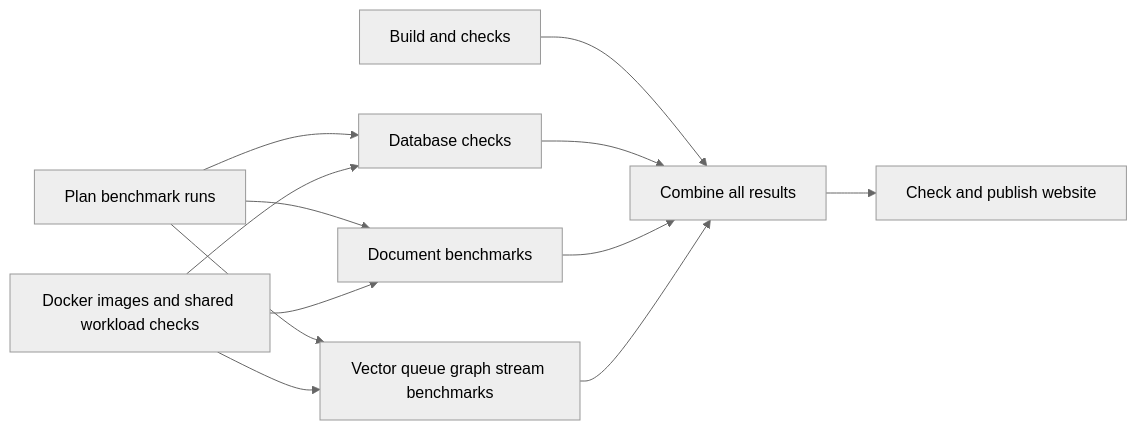
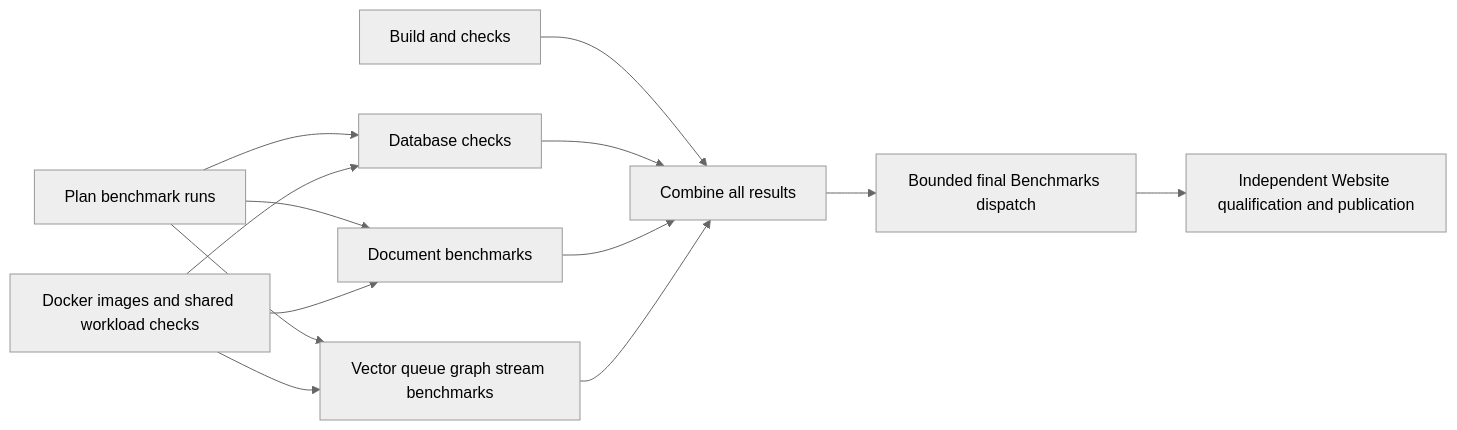
The first of 11 diagrams in docs/Features/BenchmarkComparisons.md (managedcode/KeyLoad), drawn with Mermaid (neutral theme) before and after one commit. The commit also changed other lines of this file and 152 other files, not shown here.

````diff
--- a/docs/Features/BenchmarkComparisons.md
+++ b/docs/Features/BenchmarkComparisons.md
@@ -63,14 +70,15 @@
 ```mermaid
 flowchart LR
     Plan[Plan benchmark runs] --> Preflight[Database checks]
     Plan --> Crud[Document benchmarks]
     Plan --> Models[Vector queue graph stream benchmarks]
     Images[Docker images and shared workload checks] --> Preflight
     Images --> Crud
     Images --> Models
     Build[Build and checks] --> Aggregate[Combine all results]
     Preflight --> Aggregate
     Crud --> Aggregate
     Models --> Aggregate
-    Aggregate --> Website[Check and publish website]
+    Aggregate --> Trigger[Bounded final Benchmarks dispatch]
+    Trigger --> Website[Independent Website qualification and publication]
 ```
````
